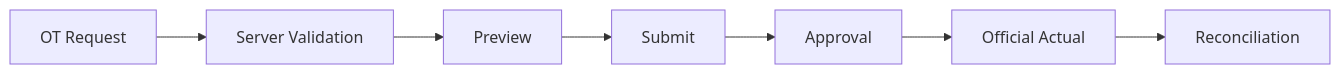
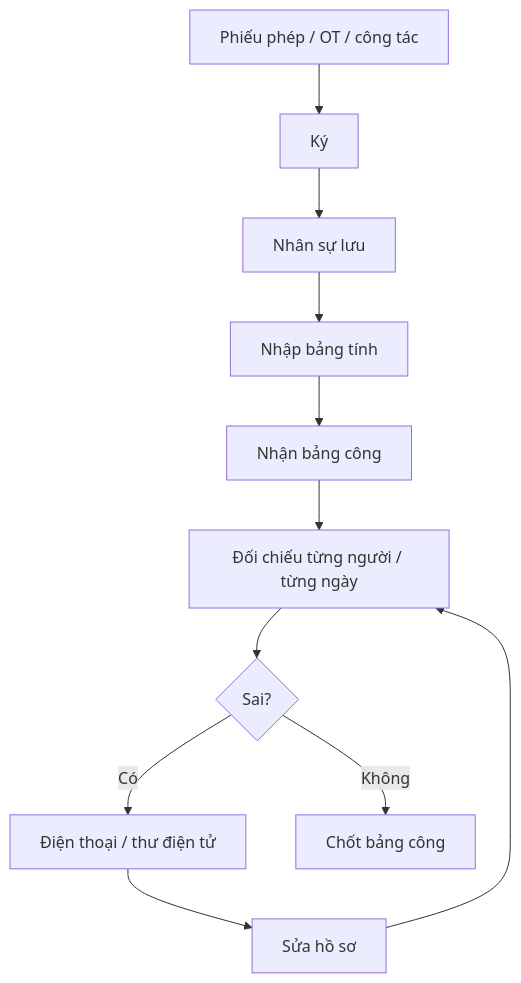
The third of 15 diagrams in MÔ HÌNH/DOCUMENTATION/07_PRESENTATION.md (Nang0559/Reggister), drawn with Mermaid before and after one commit. The commit also changed other lines of this file and 256 other files, not shown here.

````diff
--- a/MÔ HÌNH/DOCUMENTATION/07_PRESENTATION.md
+++ b/MÔ HÌNH/DOCUMENTATION/07_PRESENTATION.md
@@ -171,9 +170,13 @@
 ```mermaid
-flowchart LR
-    INPUT[OT Request] --> V[Server Validation]
-    V --> PRE[Preview]
-    PRE --> SUB[Submit]
-    SUB --> AP[Approval]
-    AP --> ACT[Official Actual]
-    ACT --> REC[Reconciliation]
+flowchart TD
+    A[Phiếu phép / OT / công tác] --> B[Ký]
+    B --> C[Nhân sự lưu]
+    C --> D[Nhập bảng tính]
+    D --> E[Nhận bảng công]
+    E --> F[Đối chiếu từng người / từng ngày]
+    F --> G{Sai?}
+    G -->|Có| H[Điện thoại / thư điện tử]
+    H --> I[Sửa hồ sơ]
+    I --> F
+    G -->|Không| J[Chốt bảng công]
 ```
````
